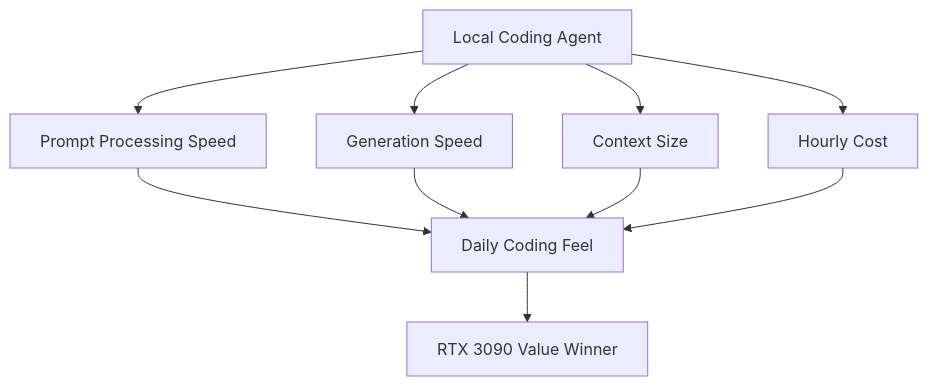
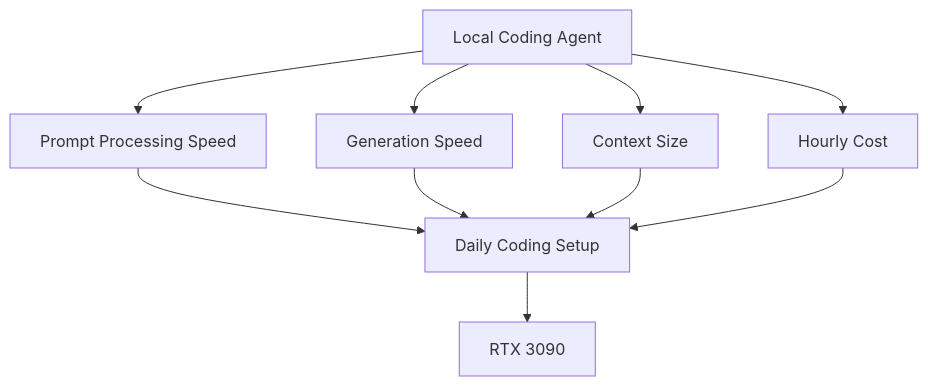
One commit to Pukujan/private-study-log changed the diagram in Projects/vastai/3090 vs rtx 8000 - processing speed.md. Above: the diagram before and after it, drawn with Mermaid. The commit also changed other lines of this file, not shown here.

Commit message:
Update 3090 vs rtx 8000 - processing speed.md

````diff
--- a/Projects/vastai/3090 vs rtx 8000 - processing speed.md
+++ b/Projects/vastai/3090 vs rtx 8000 - processing speed.md
@@ -51,12 +39,12 @@
 ```mermaid
 flowchart TB
     A[Local Coding Agent] --> B[Prompt Processing Speed]
     A --> C[Generation Speed]
     A --> D[Context Size]
     A --> E[Hourly Cost]
-    B --> F[Daily Coding Feel]
+    B --> F[Daily Coding Setup]
     C --> F
     D --> F
     E --> F
-    F --> G[RTX 3090 Value Winner]
+    F --> G[RTX 3090]
 ```
````
